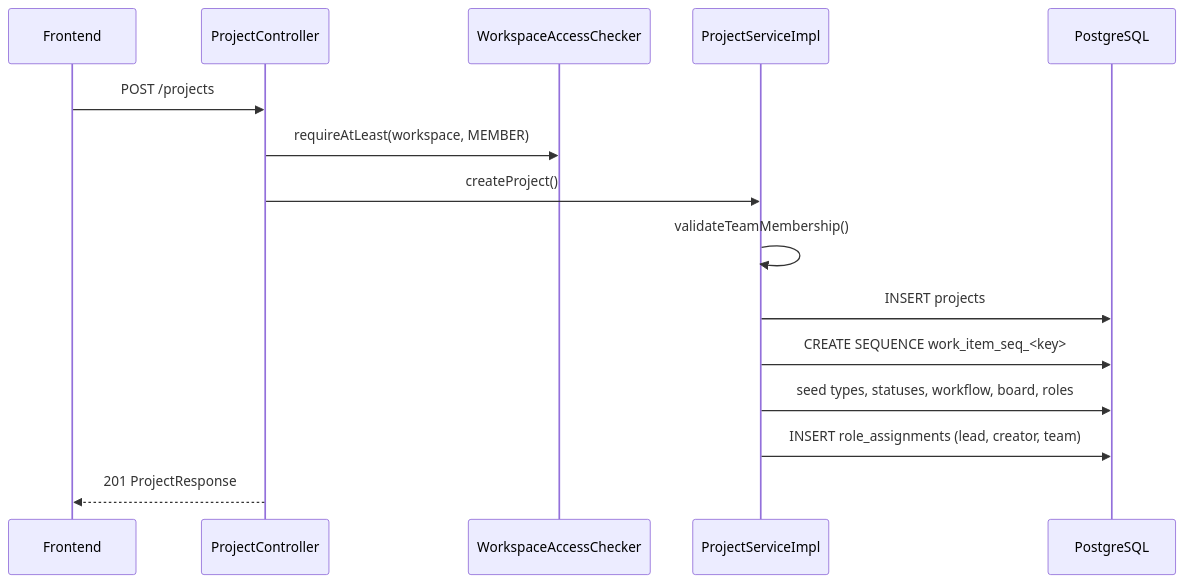
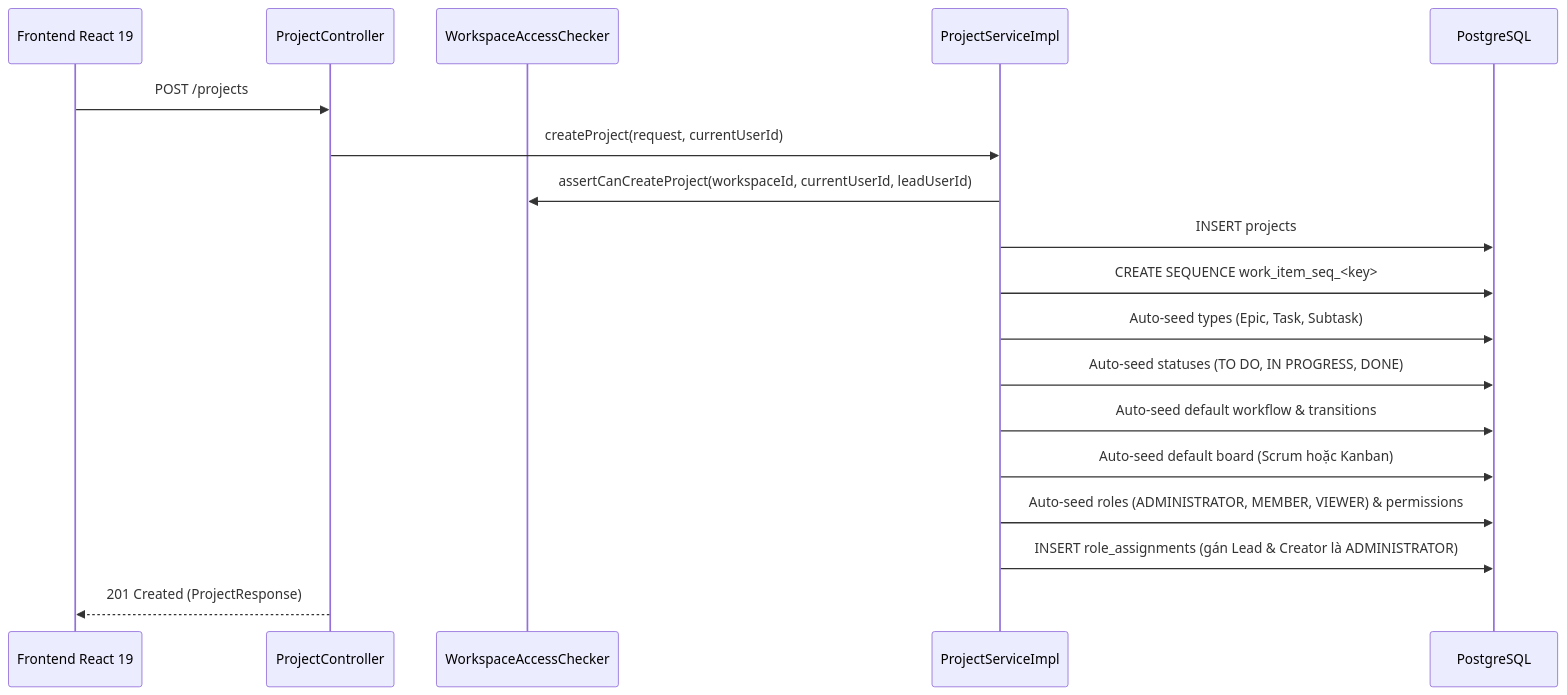
Before and after one commit to Hecker-Chuoi/DATN-2026: the fourth of 11 diagrams in formal_doc/02_NGHIEP_VU_PROJECT.md, drawn with Mermaid. The commit also changed other lines of this file and 60 other files, not shown here.

````diff
--- a/formal_doc/02_NGHIEP_VU_PROJECT.md
+++ b/formal_doc/02_NGHIEP_VU_PROJECT.md
@@ -124,17 +114,20 @@
 ```mermaid
 sequenceDiagram
-    participant FE as Frontend
+    participant FE as Frontend React 19
     participant PC as ProjectController
     participant WAC as WorkspaceAccessChecker
     participant PS as ProjectServiceImpl
     participant DB as PostgreSQL
     FE->>PC: POST /projects
-    PC->>WAC: requireAtLeast(workspace, MEMBER)
-    PC->>PS: createProject()
-    PS->>PS: validateTeamMembership()
+    PC->>PS: createProject(request, currentUserId)
+    PS->>WAC: assertCanCreateProject(workspaceId, currentUserId, leadUserId)
     PS->>DB: INSERT projects
     PS->>DB: CREATE SEQUENCE work_item_seq_<key>
-    PS->>DB: seed types, statuses, workflow, board, roles
-    PS->>DB: INSERT role_assignments (lead, creator, team)
-    PC-->>FE: 201 ProjectResponse
+    PS->>DB: Auto-seed types (Epic, Task, Subtask)
+    PS->>DB: Auto-seed statuses (TO DO, IN PROGRESS, DONE)
+    PS->>DB: Auto-seed default workflow & transitions
+    PS->>DB: Auto-seed default board (Scrum hoặc Kanban)
+    PS->>DB: Auto-seed roles (ADMINISTRATOR, MEMBER, VIEWER) & permissions
+    PS->>DB: INSERT role_assignments (gán Lead & Creator là ADMINISTRATOR)
+    PC-->>FE: 201 Created (ProjectResponse)
 ```
````
